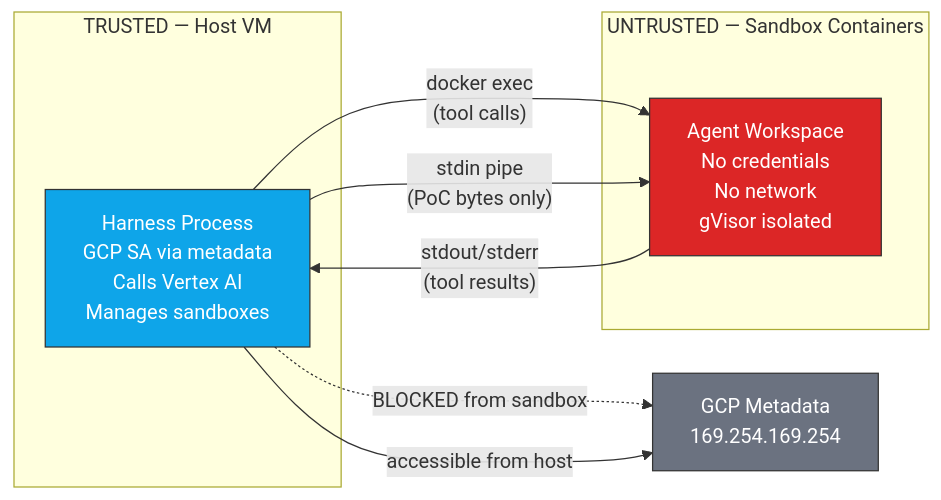
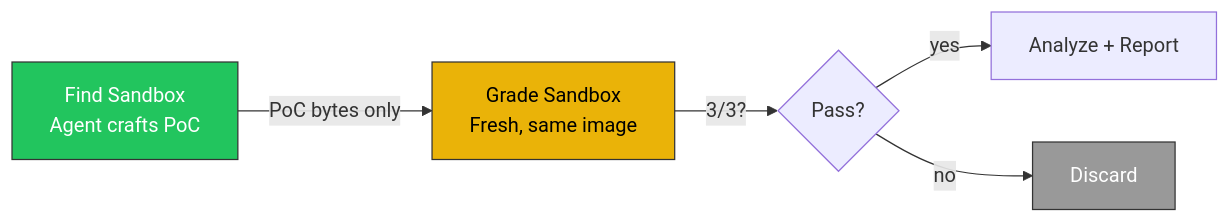
The fourth of 6 diagrams in agentic-harness/FLOW.md (prashantkul/anthropic-mythos-on-gcp), drawn with Mermaid before and after one commit. The commit also changed other lines of this file and 7 other files, not shown here.

First line of the commit message:
Merge HARNESS-DESIGN into FLOW.md, consistent structure across harnesses

````diff
--- a/agentic-harness/FLOW.md
+++ b/agentic-harness/FLOW.md
@@ -167,21 +117,11 @@
 ```mermaid
 graph LR
-    subgraph "TRUSTED — Host VM"
-        HARNESS[Harness Process\nGCP SA via metadata\nCalls Vertex AI\nManages sandboxes]
-    end
+    FIND[Find Sandbox\nAgent crafts PoC] -->|PoC bytes only| GRADE[Grade Sandbox\nFresh, same image]
+    GRADE -->|3/3?| V{Pass?}
+    V -->|yes| REPORT[Analyze + Report]
+    V -->|no| DISCARD[Discard]
 
-    subgraph "UNTRUSTED — Sandbox Containers"
-        SBX[Agent Workspace\nNo credentials\nNo network\ngVisor isolated]
-    end
-
-    HARNESS -->|"docker exec\n(tool calls)"| SBX
-    SBX -->|"stdout/stderr\n(tool results)"| HARNESS
-    HARNESS -->|"stdin pipe\n(PoC bytes only)"| SBX
-
-    HARNESS -.->|"BLOCKED from sandbox"| META[GCP Metadata\n169.254.169.254]
-    HARNESS -->|"accessible from host"| META
-
-    style HARNESS fill:#0ea5e9,stroke:#333,color:#fff
-    style SBX fill:#dc2626,stroke:#333,color:#fff
-    style META fill:#6b7280,stroke:#333,color:#fff
+    style FIND fill:#22c55e,stroke:#333,color:#fff
+    style GRADE fill:#eab308,stroke:#333,color:#000
+    style DISCARD fill:#999,stroke:#333,color:#fff
 ```
````
